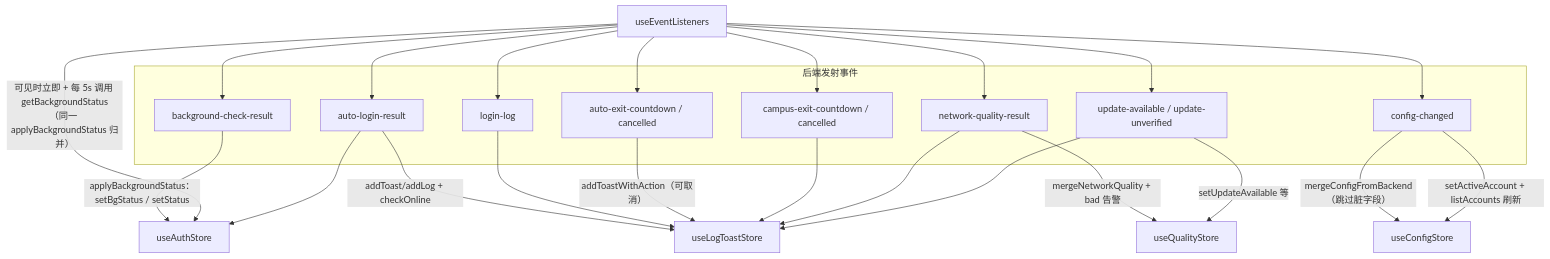
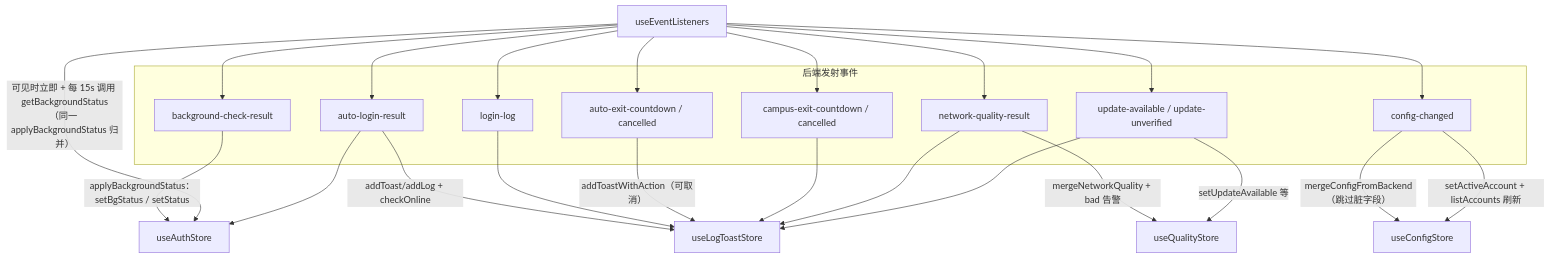
One commit to ikliml666/Wxxy-CampusLogin changed the fifth of 7 diagrams in .codewiki/modules/android-frontend-hooks-startup-orchestration.md. Above: the diagram before and after it, drawn with Mermaid. The commit also changed other lines of this file and 6 other files, not shown here.

````diff
--- a/.codewiki/modules/android-frontend-hooks-startup-orchestration.md
+++ b/.codewiki/modules/android-frontend-hooks-startup-orchestration.md
@@ -229,37 +229,37 @@
 ```mermaid
 flowchart TD
     subgraph Events["后端发射事件"]
         E1["background-check-result"]
         E2["auto-login-result"]
         E3["login-log"]
         E4["auto-exit-countdown / cancelled"]
         E5["campus-exit-countdown / cancelled"]
         E6["network-quality-result"]
         E7["update-available / update-unverified"]
         E8["config-changed"]
     end
 
     EH["useEventListeners"]
     EH --> E1
     EH --> E2
     EH --> E3
     EH --> E4
     EH --> E5
     EH --> E6
     EH --> E7
     EH --> E8
 
     E1 -->|"applyBackgroundStatus：setBgStatus / setStatus"| AS["useAuthStore"]
-    EH -->|"可见时立即 + 每 5s 调用 getBackgroundStatus<br/>（同一 applyBackgroundStatus 归并）"| AS
+    EH -->|"可见时立即 + 每 15s 调用 getBackgroundStatus<br/>（同一 applyBackgroundStatus 归并）"| AS
     E2 -->|"addToast/addLog + checkOnline"| LTS["useLogToastStore"]
     E2 --> AS
     E3 --> LTS
     E4 -->|"addToastWithAction（可取消）"| LTS
     E5 --> LTS
     E6 -->|"mergeNetworkQuality + bad 告警"| QS["useQualityStore"]
     E6 --> LTS
     E7 -->|"setUpdateAvailable 等"| QS
     E7 --> LTS
     E8 -->|"mergeConfigFromBackend（跳过脏字段）"| CS["useConfigStore"]
     E8 -->|"setActiveAccount + listAccounts 刷新"| CS
 ```
````
